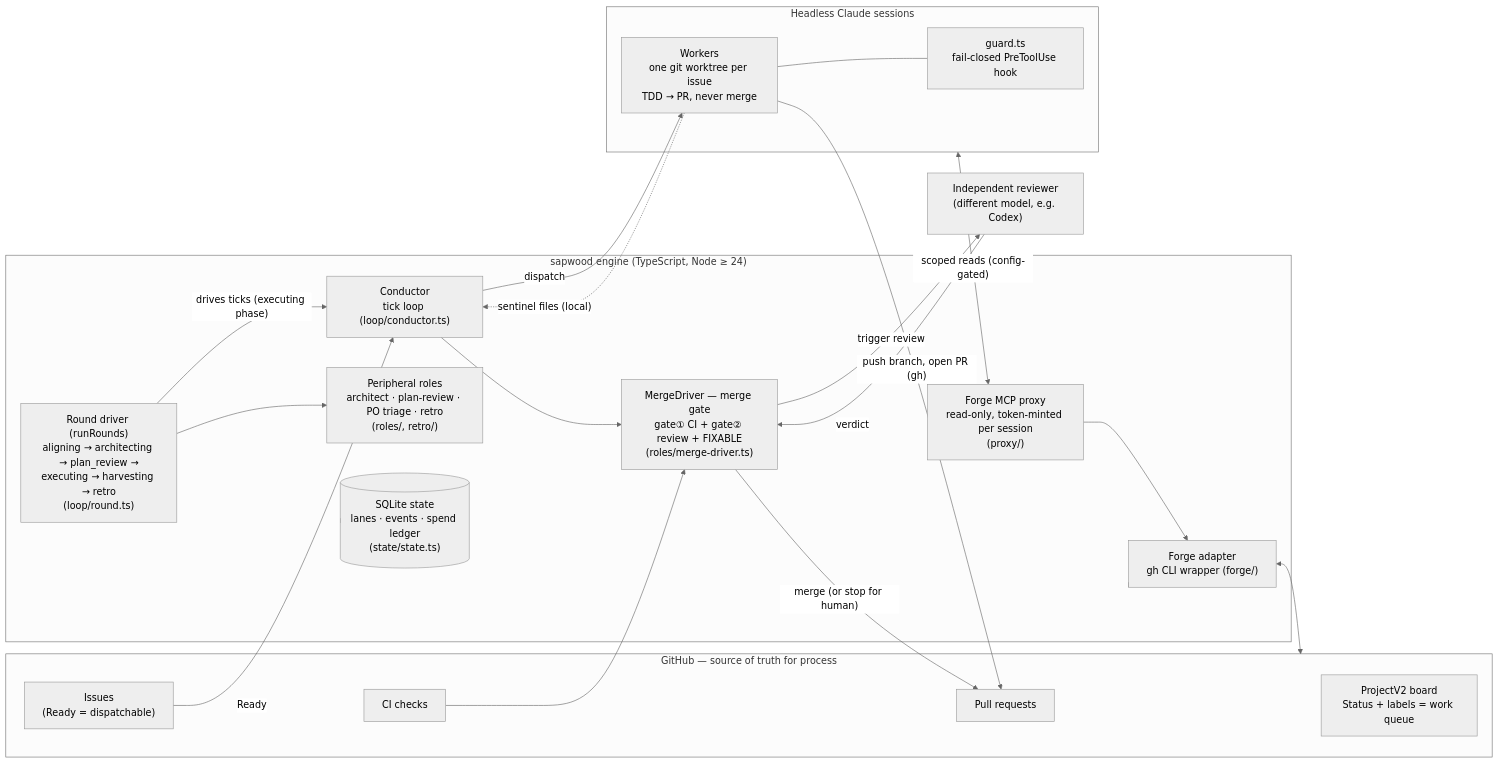
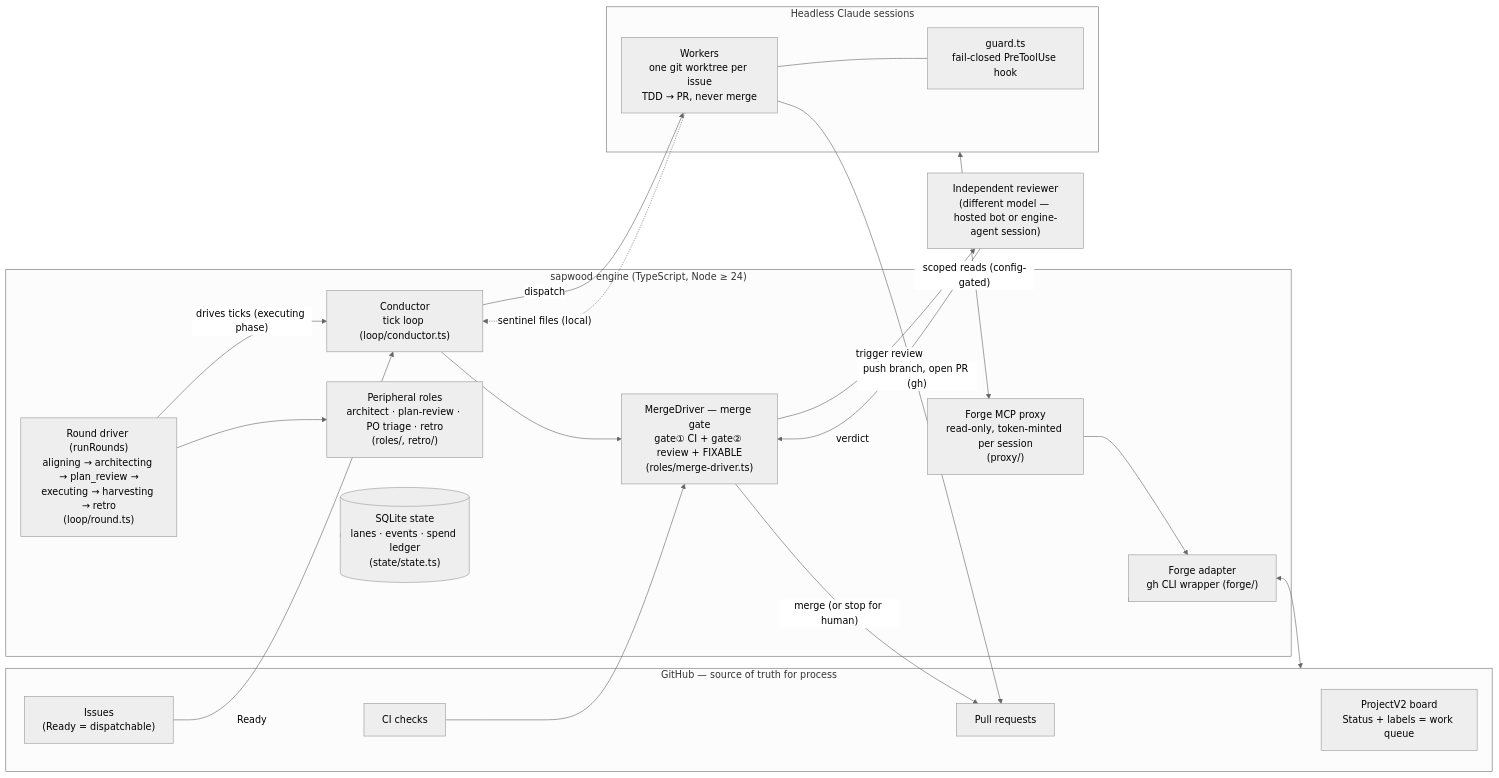
One commit to herehigher/sapwood changed the diagram in README.md. Above: the diagram before and after it, drawn with Mermaid (neutral theme). The commit also changed 7 other files, not shown here.

Commit message:
docs: M10 round close — engine-agent reviewer into durable docs (E5) (#289)

````diff
--- a/README.md
+++ b/README.md
@@ -51,44 +51,44 @@
 ```mermaid
 flowchart LR
   subgraph GH["GitHub — source of truth for process"]
     BOARD["ProjectV2 board<br/>Status + labels = work queue"]
     ISSUES["Issues<br/>(Ready = dispatchable)"]
     PRS["Pull requests"]
     CI["CI checks"]
   end
 
   subgraph ENGINE["sapwood engine (TypeScript, Node ≥ 24)"]
     ROUND["Round driver (runRounds)<br/>aligning → architecting → plan_review →<br/>executing → harvesting → retro<br/>(loop/round.ts)"]
     CONDUCTOR["Conductor<br/>tick loop (loop/conductor.ts)"]
     GATE["MergeDriver — merge gate<br/>gate① CI + gate② review + FIXABLE<br/>(roles/merge-driver.ts)"]
     PERIPH["Peripheral roles<br/>architect · plan-review · PO triage · retro<br/>(roles/, retro/)"]
     STATE[("SQLite state<br/>lanes · events · spend ledger<br/>(state/state.ts)")]
     PROXY["Forge MCP proxy<br/>read-only, token-minted per session<br/>(proxy/)"]
     FORGE["Forge adapter<br/>gh CLI wrapper (forge/)"]
   end
 
   subgraph SESSIONS["Headless Claude sessions"]
     WORKER["Workers<br/>one git worktree per issue<br/>TDD → PR, never merge"]
     GUARD["guard.ts<br/>fail-closed PreToolUse hook"]
     WORKER --- GUARD
   end
 
-  REVIEWER["Independent reviewer<br/>(different model, e.g. Codex)"]
+  REVIEWER["Independent reviewer<br/>(different model — hosted bot or engine-agent session)"]
 
   ISSUES -->|Ready| CONDUCTOR
   ROUND -->|"drives ticks (executing phase)"| CONDUCTOR
   CONDUCTOR -->|dispatch| WORKER
   WORKER -->|"push branch, open PR (gh)"| PRS
   WORKER -.->|"sentinel files (local)"| CONDUCTOR
   CONDUCTOR --> GATE
   GATE -->|trigger review| REVIEWER
   REVIEWER -->|verdict| GATE
   CI --> GATE
   GATE -->|"merge (or stop for human)"| PRS
   ENGINE <--> FORGE
   FORGE <--> GH
   SESSIONS <-->|"scoped reads (config-gated)"| PROXY
   PROXY --> FORGE
   ENGINE <--> STATE
   ROUND --> PERIPH
 ```
````
